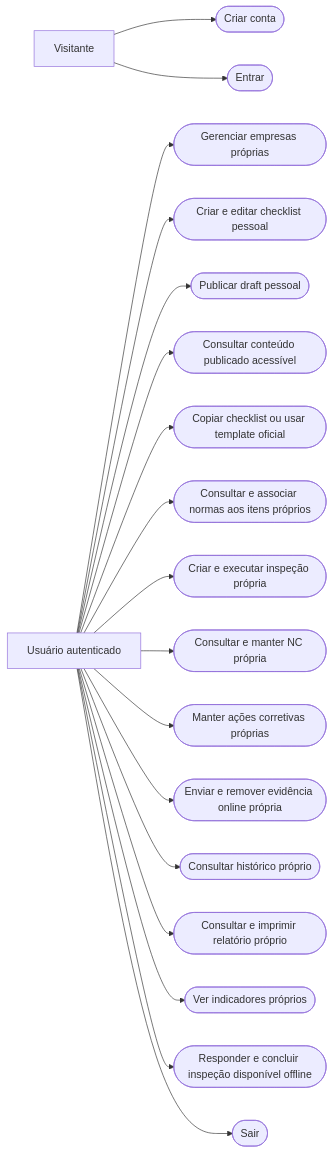
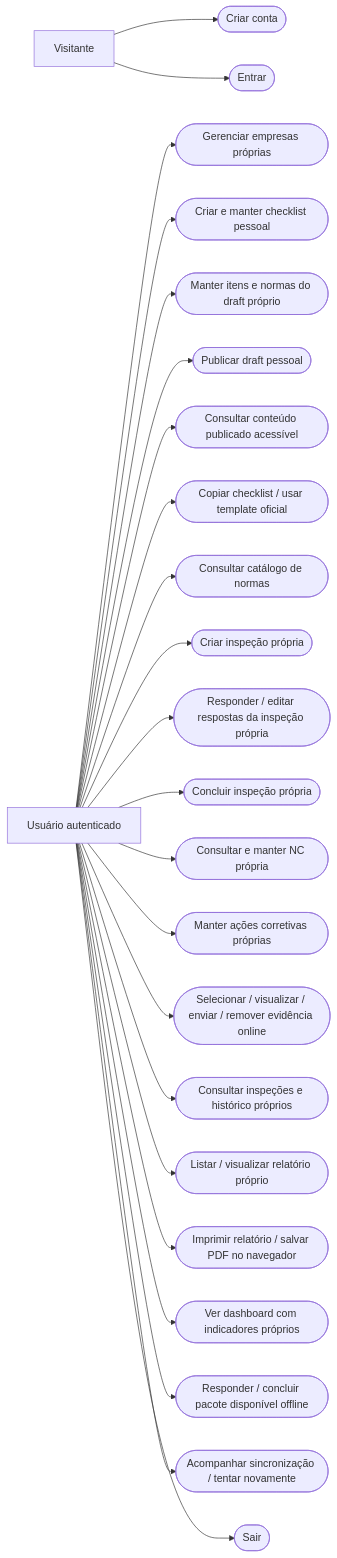
Before and after one commit to PedroVitor237/safe-watch-insight: the diagram in Documentation/DiagramaDeCasosDeUso.md, drawn with Mermaid. The commit also changed other lines of this file and 10 other files, not shown here.

Commit message:
docs: consolidate domain classes use cases and business flows

````diff
--- a/Documentation/DiagramaDeCasosDeUso.md
+++ b/Documentation/DiagramaDeCasosDeUso.md
@@ -21,20 +32,27 @@
 ```mermaid
 flowchart LR
-    V[Visitante] --> REG([Criar conta])
-    V --> LOG([Entrar])
-    U[Usuário autenticado] --> EMP([Gerenciar empresas próprias])
-    U --> CHK([Criar e editar checklist pessoal])
-    U --> PUB([Publicar draft pessoal])
-    U --> CAT([Consultar conteúdo publicado acessível])
-    U --> COPY([Copiar checklist ou usar template oficial])
-    U --> NOR([Consultar e associar normas aos itens próprios])
-    U --> INS([Criar e executar inspeção própria])
-    U --> NC([Consultar e manter NC própria])
-    U --> AC([Manter ações corretivas próprias])
-    U --> EV([Enviar e remover evidência online própria])
-    U --> HIS([Consultar histórico próprio])
-    U --> REP([Consultar e imprimir relatório próprio])
-    U --> DASH([Ver indicadores próprios])
-    U --> OFF([Responder e concluir inspeção disponível offline])
-    U --> OUT([Sair])
+    V[Visitante]
+    U[Usuário autenticado]
+    V --> REG(["Criar conta"])
+    V --> LOG(["Entrar"])
+    U --> EMP(["Gerenciar empresas próprias"])
+    U --> CHK(["Criar e manter checklist pessoal"])
+    U --> ITEM(["Manter itens e normas do draft próprio"])
+    U --> PUB(["Publicar draft pessoal"])
+    U --> CAT(["Consultar conteúdo publicado acessível"])
+    U --> COPY(["Copiar checklist / usar template oficial"])
+    U --> NOR(["Consultar catálogo de normas"])
+    U --> CREATE(["Criar inspeção própria"])
+    U --> ANSWER(["Responder / editar respostas da inspeção própria"])
+    U --> FINISH(["Concluir inspeção própria"])
+    U --> NC(["Consultar e manter NC própria"])
+    U --> AC(["Manter ações corretivas próprias"])
+    U --> EV(["Selecionar / visualizar / enviar / remover evidência online"])
+    U --> HIS(["Consultar inspeções e histórico próprios"])
+    U --> REP(["Listar / visualizar relatório próprio"])
+    U --> PRINT(["Imprimir relatório / salvar PDF no navegador"])
+    U --> DASH(["Ver dashboard com indicadores próprios"])
+    U --> OFF(["Responder / concluir pacote disponível offline"])
+    U --> SYNC(["Acompanhar sincronização / tentar novamente"])
+    U --> OUT(["Sair"])
 ```
````
